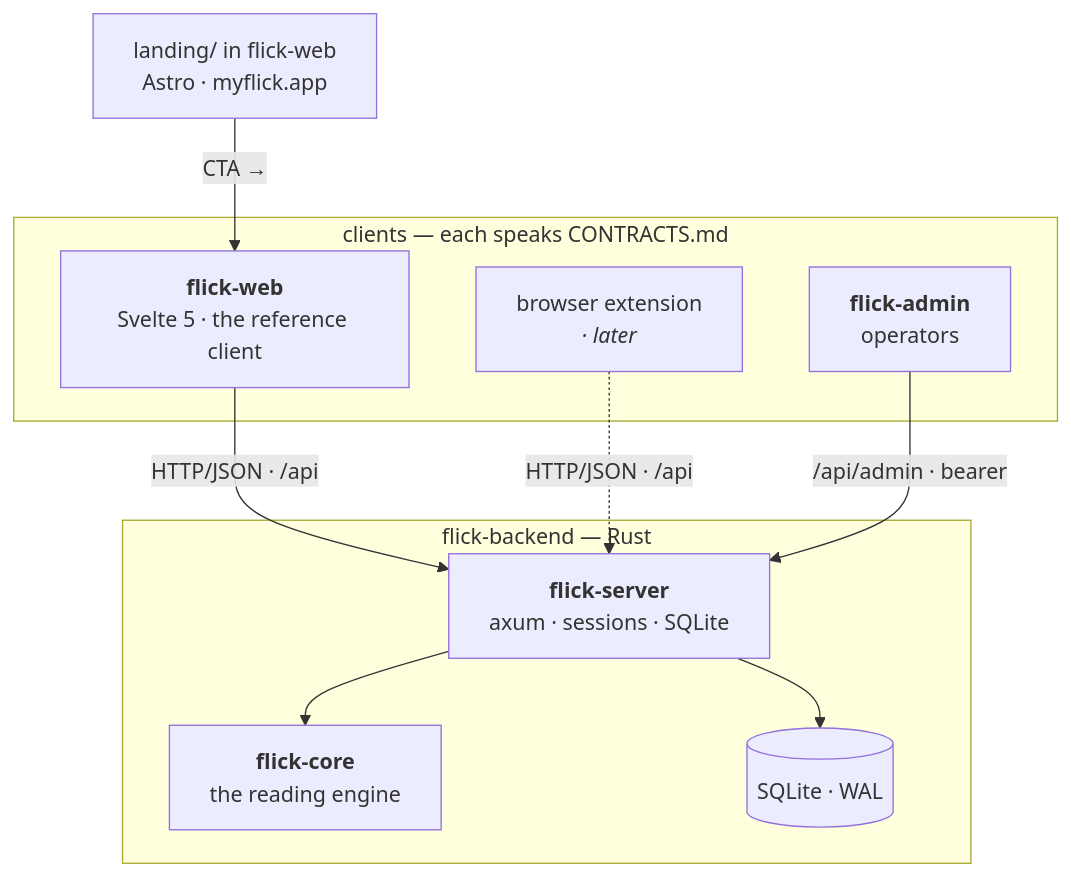
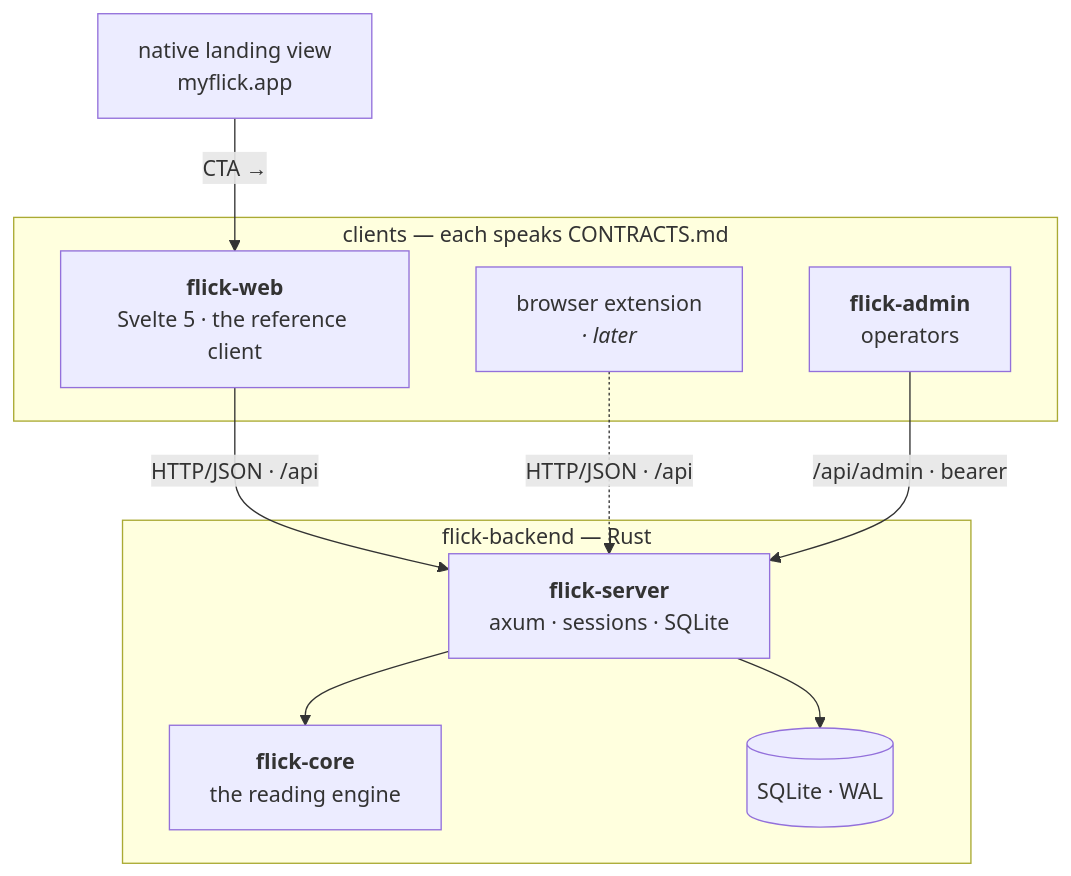
Before and after one commit to one-more-refactor/flick: the diagram in README.md, drawn with Mermaid.

Commit message:
docs: catch the last Astro-era mermaid node
Claude-Session: https://claude.ai/code/session_015XhauVSi6dB38mjxgCo1Xm

````diff
--- a/README.md
+++ b/README.md
@@ -49,22 +49,22 @@
 ```mermaid
 flowchart TD
     subgraph clients["clients — each speaks CONTRACTS.md"]
         web["<b>flick-web</b><br/>Svelte 5 · the reference client"]
         ext["browser extension<br/><i>· later</i>"]
         admin["<b>flick-admin</b><br/>operators"]
     end
-    landing["landing/ in flick-web<br/>Astro · myflick.app"]
+    landing["native landing view<br/>myflick.app"]
 
     web -- "HTTP/JSON · /api" --> server
     ext -. "HTTP/JSON · /api" .-> server
     admin -- "/api/admin · bearer" --> server
     landing -- "CTA →" --> web
 
     subgraph backend["flick-backend — Rust"]
         server["<b>flick-server</b><br/>axum · sessions · SQLite"]
         core["<b>flick-core</b><br/>the reading engine"]
         db[("SQLite · WAL")]
         server --> core
         server --> db
     end
 ```
````
